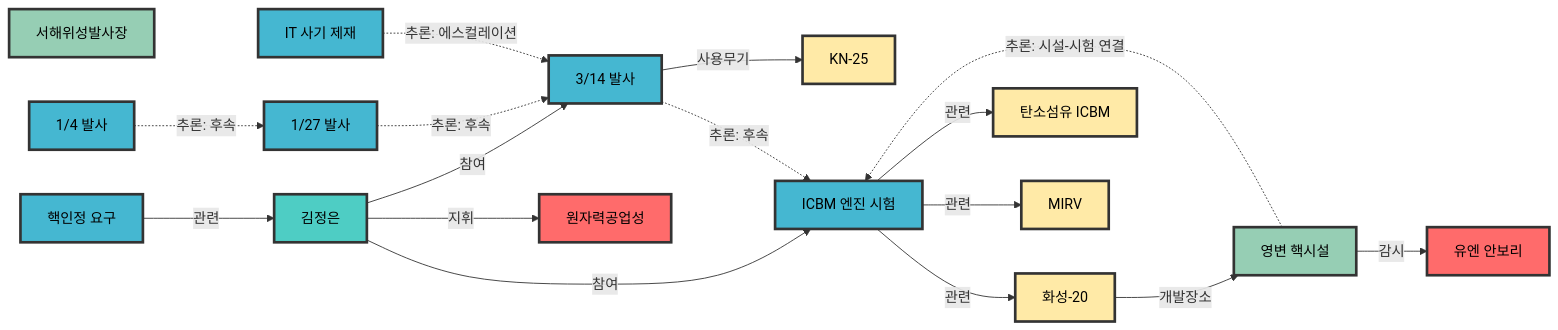
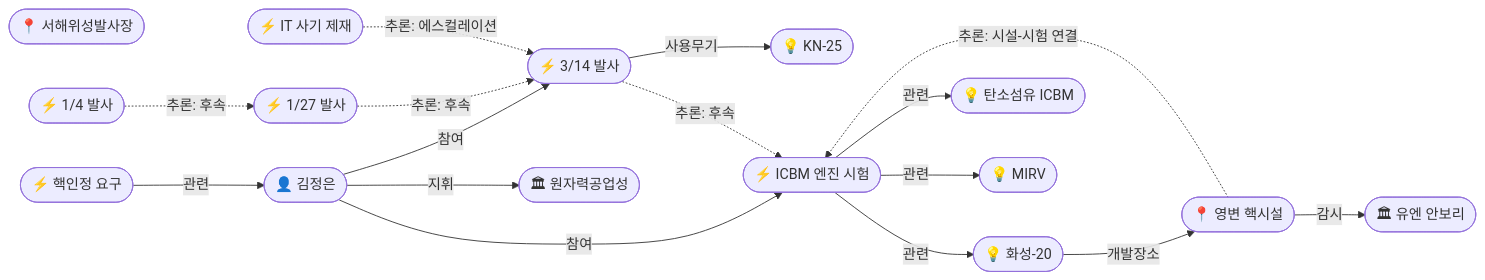
The first of 2 diagrams in reports/2026/04/2026-04-07.md (aifactory-team/onto-osint), drawn with Mermaid before and after one commit. The commit also changed other lines of this file and 1 other file, not shown here.

Commit message:
style: use emoji-based neutral Mermaid diagrams for light/dark mode compatibility
Remove classDef fill colors from KG visualizations. Use emoji prefixes
(👤🏛⚡📍💡) to distinguish entity types instead of background colors,
ensuring readability in both GitHub light and dark themes.

````diff
--- a/reports/2026/04/2026-04-07.md
+++ b/reports/2026/04/2026-04-07.md
@@ -86,46 +86,35 @@
 ```mermaid
 graph LR
-    classDef person fill:#4ECDC4,stroke:#333,color:#000
-    classDef org fill:#FF6B6B,stroke:#333,color:#000
-    classDef event fill:#45B7D1,stroke:#333,color:#000
-    classDef location fill:#96CEB4,stroke:#333,color:#000
-    classDef concept fill:#FFEAA7,stroke:#333,color:#000
-    classDef personNew fill:#4ECDC4,stroke:#333,stroke-width:3px,color:#000
-    classDef orgNew fill:#FF6B6B,stroke:#333,stroke-width:3px,color:#000
-    classDef eventNew fill:#45B7D1,stroke:#333,stroke-width:3px,color:#000
-    classDef locationNew fill:#96CEB4,stroke:#333,stroke-width:3px,color:#000
-    classDef conceptNew fill:#FFEAA7,stroke:#333,stroke-width:3px,color:#000
-
-    ent001["김정은"]:::personNew
-    ent002["영변 핵시설"]:::locationNew
-    ent003["화성-20"]:::conceptNew
-    ent005["KN-25"]:::conceptNew
-    ent006["서해위성발사장"]:::locationNew
-    ent007["1/4 발사"]:::eventNew
-    ent008["1/27 발사"]:::eventNew
-    ent009["3/14 발사"]:::eventNew
-    ent010["ICBM 엔진 시험"]:::eventNew
-    ent011["유엔 안보리"]:::orgNew
-    ent014["IT 사기 제재"]:::eventNew
-    ent016["탄소섬유 ICBM"]:::conceptNew
-    ent017["MIRV"]:::conceptNew
-    ent018["원자력공업성"]:::orgNew
-    ent019["핵인정 요구"]:::eventNew
+    ent001(["👤 김정은"])
+    ent002(["📍 영변 핵시설"])
+    ent003(["💡 화성-20"])
+    ent005(["💡 KN-25"])
+    ent006(["📍 서해위성발사장"])
+    ent007(["⚡ 1/4 발사"])
+    ent008(["⚡ 1/27 발사"])
+    ent009(["⚡ 3/14 발사"])
+    ent010(["⚡ ICBM 엔진 시험"])
+    ent011(["🏛 유엔 안보리"])
+    ent014(["⚡ IT 사기 제재"])
+    ent016(["💡 탄소섬유 ICBM"])
+    ent017(["💡 MIRV"])
+    ent018(["🏛 원자력공업성"])
+    ent019(["⚡ 핵인정 요구"])
 
     ent001 -->|지휘| ent018
     ent001 -->|참여| ent010
     ent001 -->|참여| ent009
     ent003 -->|개발장소| ent002
     ent010 -->|관련| ent003
     ent010 -->|관련| ent016
     ent010 -->|관련| ent017
     ent009 -->|사용무기| ent005
     ent002 -->|감시| ent011
     ent019 -->|관련| ent001
 
     ent007 -.->|"추론: 후속"| ent008
     ent008 -.->|"추론: 후속"| ent009
     ent009 -.->|"추론: 후속"| ent010
     ent014 -.->|"추론: 에스컬레이션"| ent009
     ent002 -.->|"추론: 시설-시험 연결"| ent010
 ```
````
